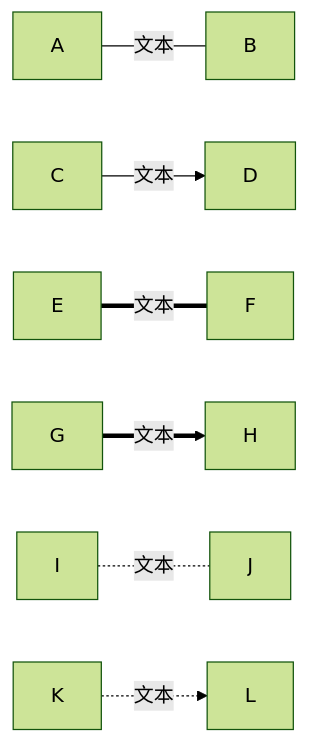
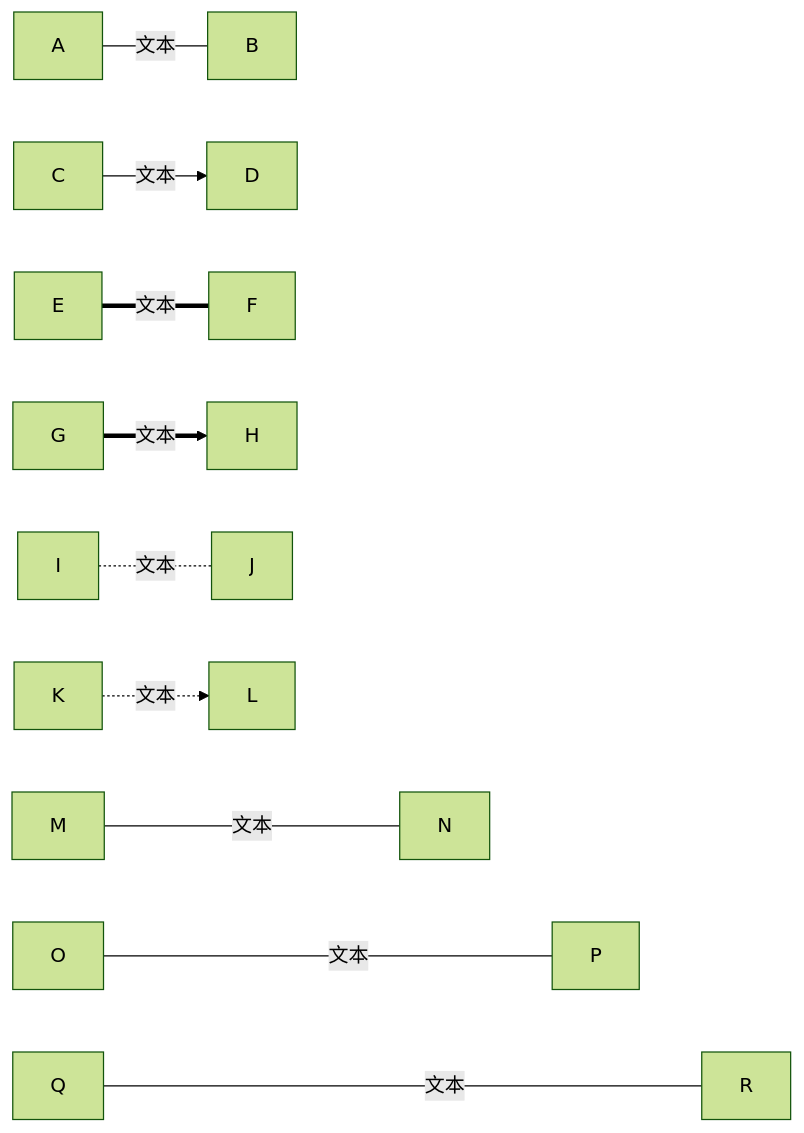
The third of 35 diagrams in 了不起的Markdown/9.mermaid深入学习.md (minrrww/vs_code_cpp), drawn with Mermaid (forest theme) before and after one commit. The commit also changed other lines of this file and 7 other files, not shown here.

````diff
--- a/了不起的Markdown/9.mermaid深入学习.md
+++ b/了不起的Markdown/9.mermaid深入学习.md
@@ -48,9 +77,12 @@
 ```mermaid
 flowchart LR
 A --文本--- B
 C --文本--> D
 E ==文本=== F
 G ==文本==> H
 I -.文本.- J
 K -.文本.-> L
+M --文本---- N
+O --文本----- P
+Q --文本------ R
 ```
````
